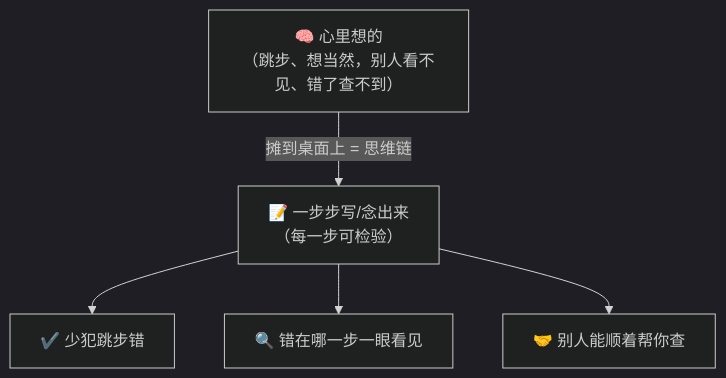
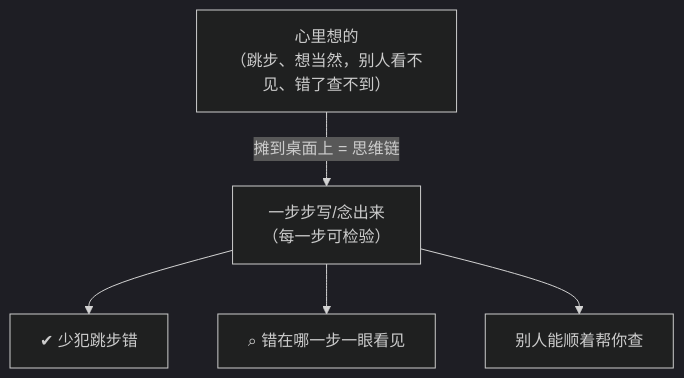
Before and after one commit to luckykhy/KhyAiHub: the second of 5 diagrams in docs/02_CONCEPTS_概念入门/CONCEPT/[CONCEPT-21] 什么是思维链-ChainOfThought.md, drawn with Mermaid (dark theme). The commit also changed other lines of this file, not shown here.

````diff
--- a/docs/02_CONCEPTS_概念入门/CONCEPT/[CONCEPT-21] 什么是思维链-ChainOfThought.md
+++ b/docs/02_CONCEPTS_概念入门/CONCEPT/[CONCEPT-21] 什么是思维链-ChainOfThought.md
@@ -75,8 +75,8 @@
 ```mermaid
 flowchart TB
-  MIND["🧠 心里想的<br/>（跳步、想当然，别人看不见、错了查不到）"]
-  MIND -->|"摊到桌面上 = 思维链"| PAPER["📝 一步步写/念出来<br/>（每一步可检验）"]
-  PAPER --> V1["✔️ 少犯跳步错"]
-  PAPER --> V2["🔍 错在哪一步一眼看见"]
-  PAPER --> V3["🤝 别人能顺着帮你查"]
+  MIND["心里想的<br/>（跳步、想当然，别人看不见、错了查不到）"]
+  MIND -->|"摊到桌面上 = 思维链"| PAPER["一步步写/念出来<br/>（每一步可检验）"]
+  PAPER --> V1["✔ 少犯跳步错"]
+  PAPER --> V2["⌕ 错在哪一步一眼看见"]
+  PAPER --> V3["别人能顺着帮你查"]
 ```
````
